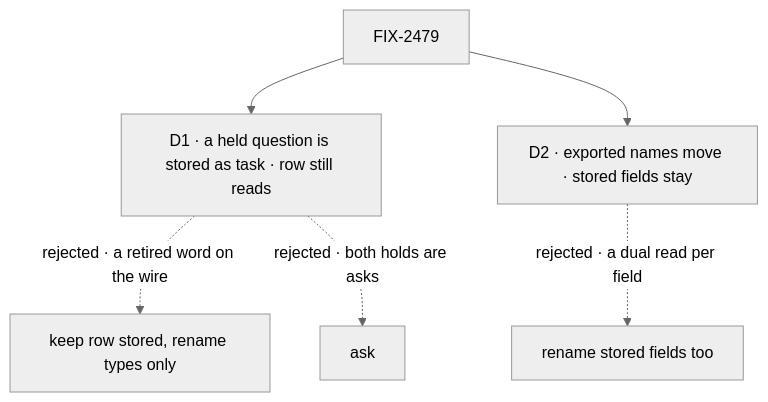
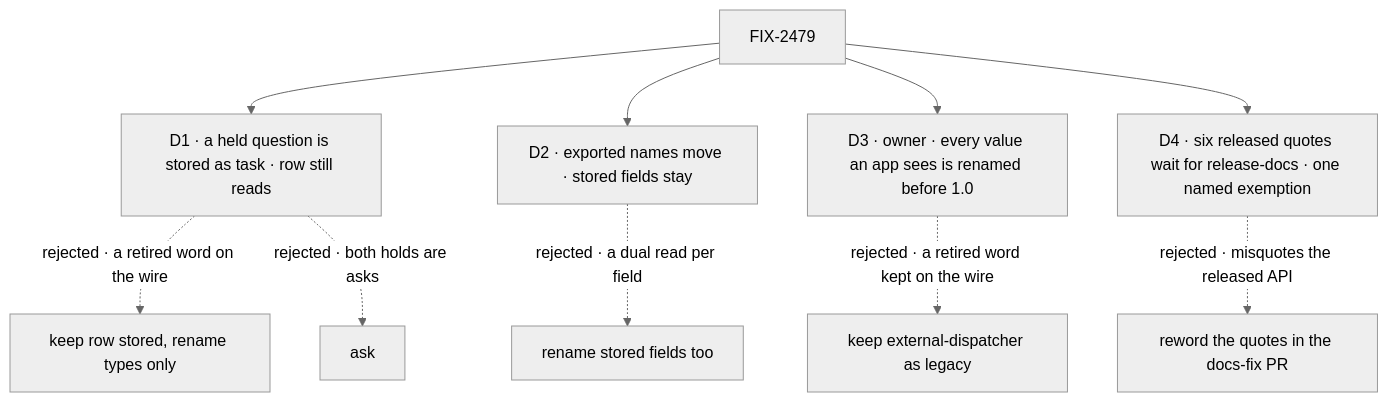
Before and after one commit to fixpoint-labs/flow-state-dev: the diagram in specs/issues/FIX-2479/DECISIONS.md, drawn with Mermaid (neutral theme). The commit also changed other lines of this file and 2 other files, not shown here.

First line of the commit message:
spec(FIX-2479): amend — rename all four wire values before 1.0

````diff
--- a/specs/issues/FIX-2479/DECISIONS.md
+++ b/specs/issues/FIX-2479/DECISIONS.md
@@ -10,8 +12,12 @@
 ```mermaid
 flowchart TD
   I["FIX-2479"] --> D1["D1 · a held question is stored as task · row still reads"]
   D1 -.->|"rejected · a retired word on the wire"| X1["keep row stored, rename types only"]
   D1 -.->|"rejected · both holds are asks"| X2["ask"]
   I --> D2["D2 · exported names move · stored fields stay"]
   D2 -.->|"rejected · a dual read per field"| X3["rename stored fields too"]
+  I --> D3["D3 · owner · every value an app sees is renamed before 1.0"]
+  D3 -.->|"rejected · a retired word kept on the wire"| X4["keep external-dispatcher as legacy"]
+  I --> D4["D4 · six released quotes wait for release-docs · one named exemption"]
+  D4 -.->|"rejected · misquotes the released API"| X5["reword the quotes in the docs-fix PR"]
 ```
````
